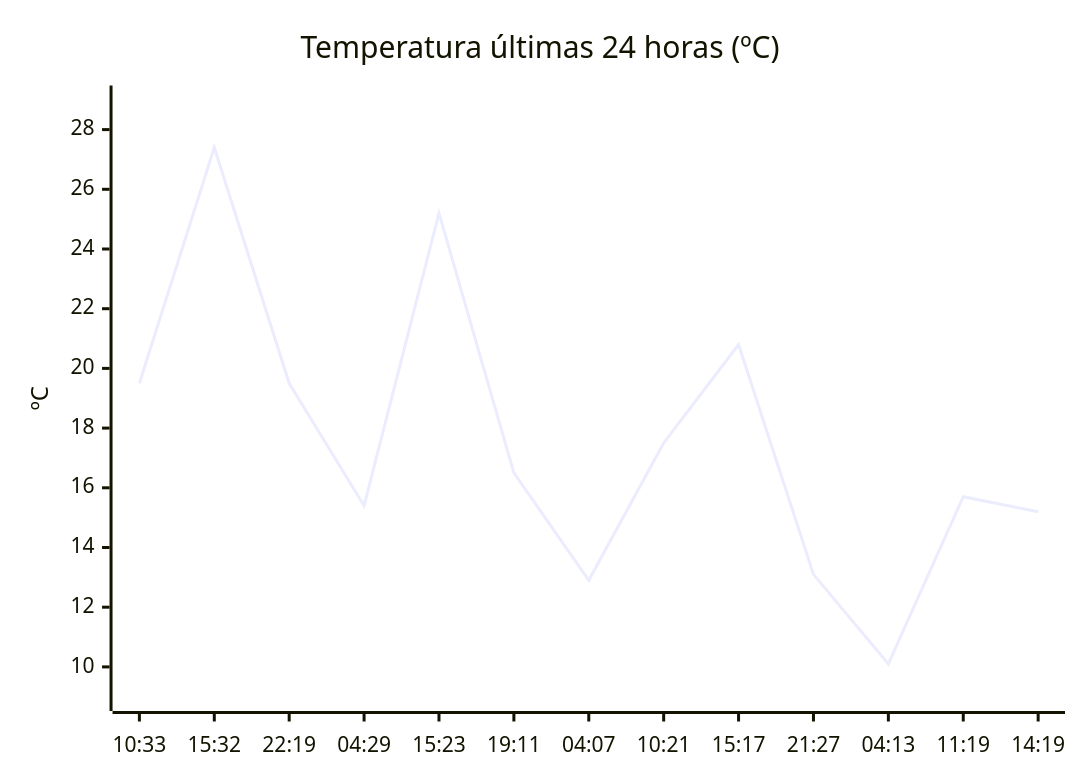
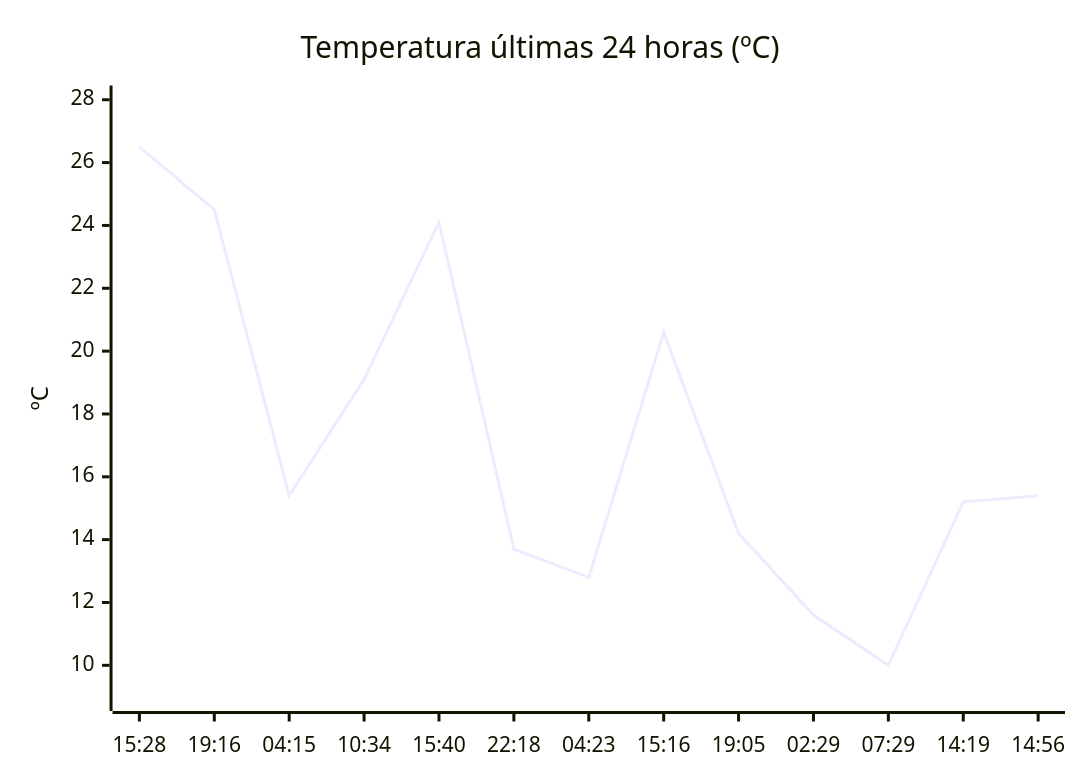
Before and after one commit to solidsnk86/rem-scrap: the diagram in README.md, drawn with Mermaid. The commit also changed other lines of this file, not shown here.

````diff
--- a/README.md
+++ b/README.md
@@ -28,7 +36,7 @@
 ```mermaid
 xychart-beta
     title "Temperatura últimas 24 horas (ºC)"
-    x-axis ["10:33", "15:32", "22:19", "04:29", "15:23", "19:11", "04:07", "10:21", "15:17", "21:27", "04:13", "11:19", "14:19"]
-    y-axis "ºC" 9 --> 29
-    line [19.5, 27.4, 19.5, 15.4, 25.2, 16.5, 12.9, 17.5, 20.8, 13.1, 10.1, 15.7, 15.2]
+    x-axis ["15:28", "19:16", "04:15", "10:34", "15:40", "22:18", "04:23", "15:16", "19:05", "02:29", "07:29", "14:19", "14:56"]
+    y-axis "ºC" 9 --> 28
+    line [26.5, 24.5, 15.4, 19.1, 24.1, 13.7, 12.8, 20.6, 14.2, 11.6, 10, 15.2, 15.4]
 ```
````
